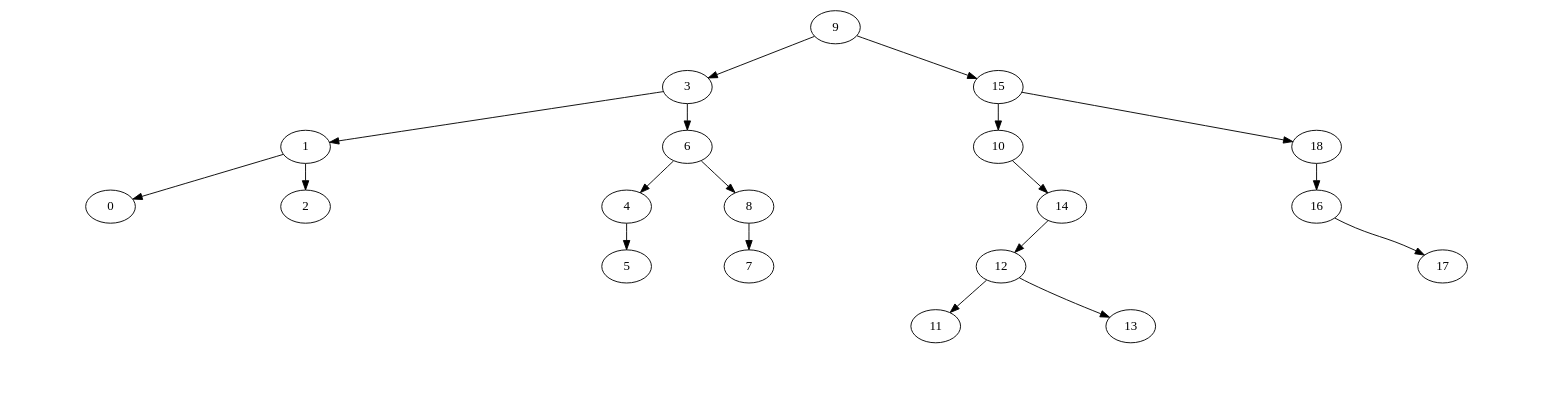
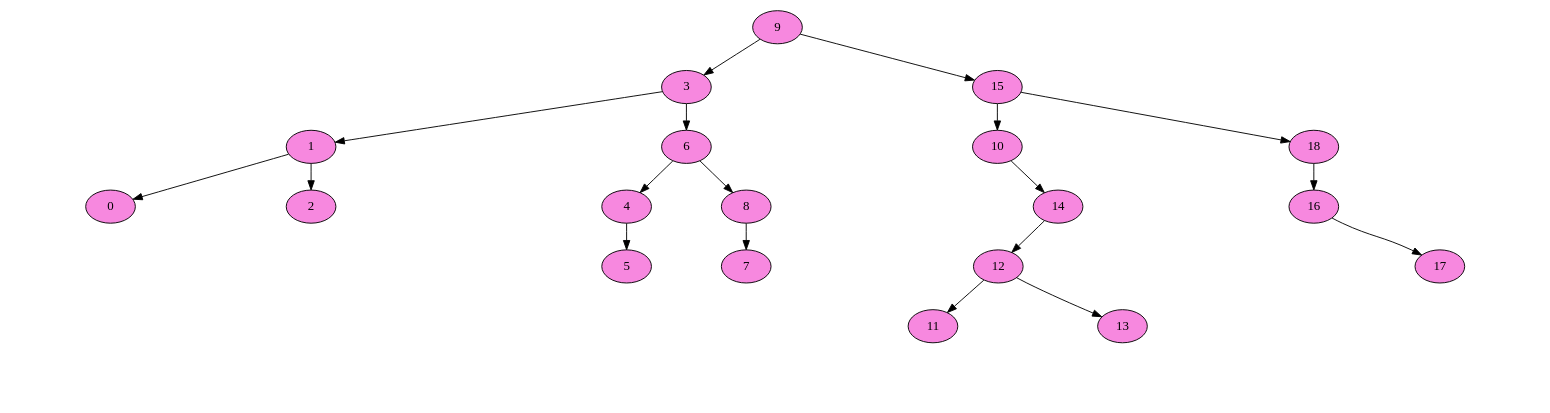
One commit to Serch-ING/EDD_UDRAWING_202000119 changed the diagram in FASE 2/Grafico/3000_ArbolCapas.dot. Above: the diagram before and after it, drawn with Graphviz. The commit also changed 29 other files, not shown here.

```diff
--- a/FASE 2/Grafico/3000_ArbolCapas.dot
+++ b/FASE 2/Grafico/3000_ArbolCapas.dot
@@ -1,62 +1,99 @@
 digraph G {
 nodesep=0; 
 ranksep=0.4;
-9-> 3
-3-> 1
-1-> 0
-Invisible1482985602[style=invis];
-0-> Invisible1482985602[arrowsize=0 style= invisible] 
-Invisible1482985602[style=invis];
-0-> Invisible1482985602[arrowsize=0 style= invisible] 
-1-> 2
-Invisible324055047[style=invis];
-2-> Invisible324055047[arrowsize=0 style= invisible] 
-Invisible324055047[style=invis];
-2-> Invisible324055047[arrowsize=0 style= invisible] 
-3-> 6
-6-> 4
-Invisible1601423622[style=invis];
-4-> Invisible1601423622[arrowsize=0 style= invisible] 
-4-> 5
-Invisible1451449798[style=invis];
-5-> Invisible1451449798[arrowsize=0 style= invisible] 
-Invisible1451449798[style=invis];
-5-> Invisible1451449798[arrowsize=0 style= invisible] 
-6-> 8
-8-> 7
-Invisible715073300[style=invis];
-7-> Invisible715073300[arrowsize=0 style= invisible] 
-Invisible715073300[style=invis];
-7-> Invisible715073300[arrowsize=0 style= invisible] 
-Invisible1020885704[style=invis];
-8-> Invisible1020885704[arrowsize=0 style= invisible] 
-9-> 15
-15-> 10
-Invisible2099490732[style=invis];
-10-> Invisible2099490732[arrowsize=0 style= invisible] 
-10-> 14
-14-> 12
-12-> 11
-Invisible830644387[style=invis];
-11-> Invisible830644387[arrowsize=0 style= invisible] 
-Invisible830644387[style=invis];
-11-> Invisible830644387[arrowsize=0 style= invisible] 
-12-> 13
-Invisible1660327424[style=invis];
-13-> Invisible1660327424[arrowsize=0 style= invisible] 
-Invisible1660327424[style=invis];
-13-> Invisible1660327424[arrowsize=0 style= invisible] 
-Invisible361672620[style=invis];
-14-> Invisible361672620[arrowsize=0 style= invisible] 
-15-> 18
-18-> 16
-Invisible1974484094[style=invis];
-16-> Invisible1974484094[arrowsize=0 style= invisible] 
-16-> 17
-Invisible1368591827[style=invis];
-17-> Invisible1368591827[arrowsize=0 style= invisible] 
-Invisible1368591827[style=invis];
-17-> Invisible1368591827[arrowsize=0 style= invisible] 
-Invisible117688183[style=invis];
-18-> Invisible117688183[arrowsize=0 style= invisible] 
+node[style = filled fillcolor="#F788DF"];
+	NodoABB9[ label="9"  ];
+	NodoABB3[ label="3"];
+NodoABB9->NodoABB3
+	NodoABB3[ label="3"  ];
+	NodoABB1[ label="1"];
+NodoABB3->NodoABB1
+	NodoABB1[ label="1"  ];
+	NodoABB0[ label="0"];
+NodoABB1->NodoABB0
+Invisible1320761834[style=invis];
+NodoABB0-> Invisible1320761834[arrowsize=0 style= invisible] 
+Invisible1320761834[style=invis];
+NodoABB0-> Invisible1320761834[arrowsize=0 style= invisible] 
+	NodoABB1[ label="1"];
+	NodoABB2[ label="2" ];
+NodoABB1->NodoABB2
+Invisible1825885257[style=invis];
+NodoABB2-> Invisible1825885257[arrowsize=0 style= invisible] 
+Invisible1825885257[style=invis];
+NodoABB2-> Invisible1825885257[arrowsize=0 style= invisible] 
+	NodoABB3[ label="3"];
+	NodoABB6[ label="6" ];
+NodoABB3->NodoABB6
+	NodoABB6[ label="6"  ];
+	NodoABB4[ label="4"];
+NodoABB6->NodoABB4
+Invisible101608289[style=invis];
+NodoABB4-> Invisible101608289[arrowsize=0 style= invisible] 
+	NodoABB4[ label="4"];
+	NodoABB5[ label="5" ];
+NodoABB4->NodoABB5
+Invisible689327212[style=invis];
+NodoABB5-> Invisible689327212[arrowsize=0 style= invisible] 
+Invisible689327212[style=invis];
+NodoABB5-> Invisible689327212[arrowsize=0 style= invisible] 
+	NodoABB6[ label="6"];
+	NodoABB8[ label="8" ];
+NodoABB6->NodoABB8
+	NodoABB8[ label="8"  ];
+	NodoABB7[ label="7"];
+NodoABB8->NodoABB7
+Invisible786912973[style=invis];
+NodoABB7-> Invisible786912973[arrowsize=0 style= invisible] 
+Invisible786912973[style=invis];
+NodoABB7-> Invisible786912973[arrowsize=0 style= invisible] 
+Invisible1687908828[style=invis];
+NodoABB8-> Invisible1687908828[arrowsize=0 style= invisible] 
+	NodoABB9[ label="9"];
+	NodoABB15[ label="15" ];
+NodoABB9->NodoABB15
+	NodoABB15[ label="15"  ];
+	NodoABB10[ label="10"];
+NodoABB15->NodoABB10
+Invisible289098573[style=invis];
+NodoABB10-> Invisible289098573[arrowsize=0 style= invisible] 
+	NodoABB10[ label="10"];
+	NodoABB14[ label="14" ];
+NodoABB10->NodoABB14
+	NodoABB14[ label="14"  ];
+	NodoABB12[ label="12"];
+NodoABB14->NodoABB12
+	NodoABB12[ label="12"  ];
+	NodoABB11[ label="11"];
+NodoABB12->NodoABB11
+Invisible181731370[style=invis];
+NodoABB11-> Invisible181731370[arrowsize=0 style= invisible] 
+Invisible181731370[style=invis];
+NodoABB11-> Invisible181731370[arrowsize=0 style= invisible] 
+	NodoABB12[ label="12"];
+	NodoABB13[ label="13" ];
+NodoABB12->NodoABB13
+Invisible504393347[style=invis];
+NodoABB13-> Invisible504393347[arrowsize=0 style= invisible] 
+Invisible504393347[style=invis];
+NodoABB13-> Invisible504393347[arrowsize=0 style= invisible] 
+Invisible565901580[style=invis];
+NodoABB14-> Invisible565901580[arrowsize=0 style= invisible] 
+	NodoABB15[ label="15"];
+	NodoABB18[ label="18" ];
+NodoABB15->NodoABB18
+	NodoABB18[ label="18"  ];
+	NodoABB16[ label="16"];
+NodoABB18->NodoABB16
+Invisible1787871061[style=invis];
+NodoABB16-> Invisible1787871061[arrowsize=0 style= invisible] 
+	NodoABB16[ label="16"];
+	NodoABB17[ label="17" ];
+NodoABB16->NodoABB17
+Invisible1223046781[style=invis];
+NodoABB17-> Invisible1223046781[arrowsize=0 style= invisible] 
+Invisible1223046781[style=invis];
+NodoABB17-> Invisible1223046781[arrowsize=0 style= invisible] 
+Invisible1436499348[style=invis];
+NodoABB18-> Invisible1436499348[arrowsize=0 style= invisible] 
 }
```
